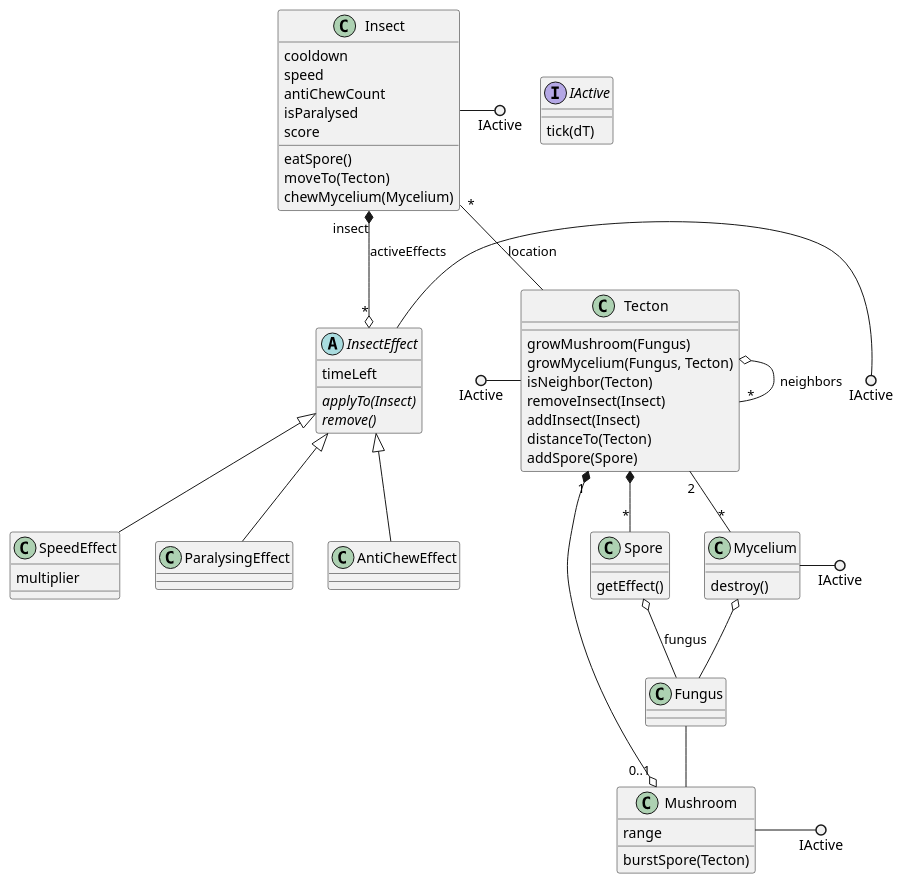
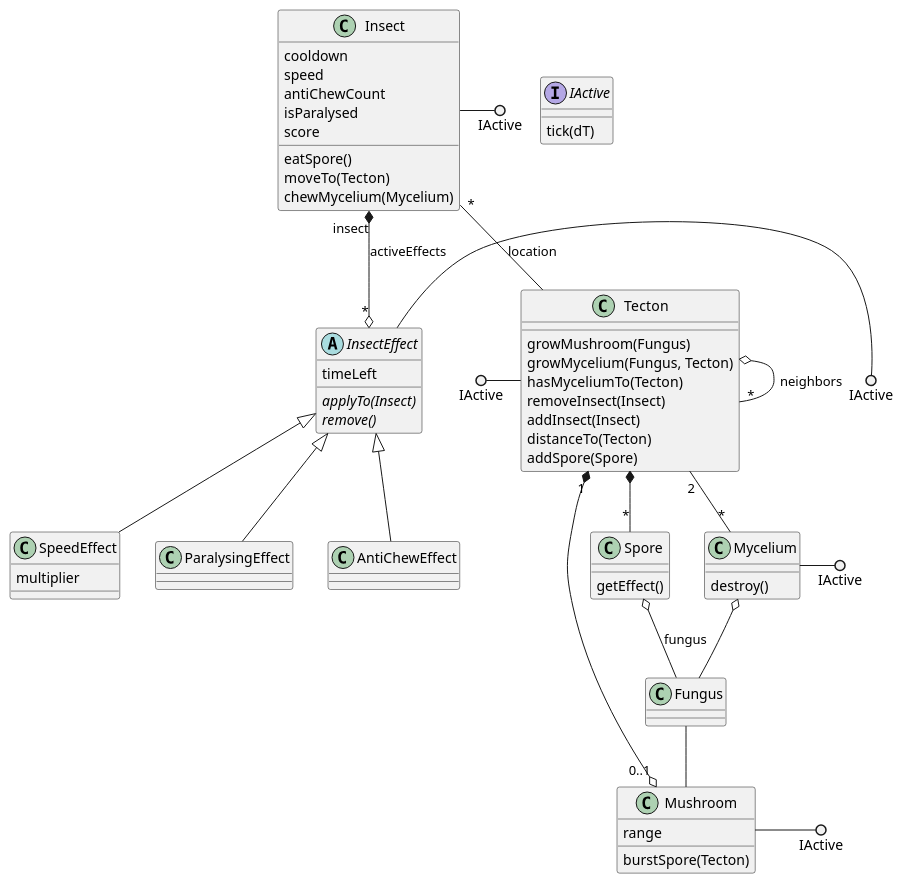
One commit to ZD4ve/projlab-error521 changed the diagram in classes.pu. Above: the diagram before and after it, drawn with PlantUML. The commit also changed 2 other files, not shown here.

Commit message:
small insect and tecton changes

```diff
--- a/classes.pu
+++ b/classes.pu
@@ -1,69 +1,69 @@
 @startuml classes
 interface IActive
 class Tecton
 together {
     class Fungus
     class Mycelium
     class Mushroom
     class Spore
 }
 together {
     class Insect
     abstract InsectEffect
     class SpeedEffect
     class ParalysingEffect
     class AntiChewEffect
 }
 
 IActive : tick(dT)
 
 IActive ()- Tecton
 IActive ()- Mushroom
 IActive ()- Mycelium
 IActive ()- Insect
 IActive ()- InsectEffect
 
 Tecton o-- "*" Tecton : neighbors
 Tecton "2" -- "*" Mycelium
 Tecton *-- "*" Spore
 Tecton "1" *--o "0..1" Mushroom
 Tecton : growMushroom(Fungus)
 Tecton : growMycelium(Fungus, Tecton)
-Tecton : isNeighbor(Tecton)
+Tecton : hasMyceliumTo(Tecton)
 Tecton : removeInsect(Insect)
 Tecton : addInsect(Insect)
 Tecton : distanceTo(Tecton)
 Tecton : addSpore(Spore)
 
 Mushroom : burstSpore(Tecton)
 Mushroom : range
 
 Mycelium o-- Fungus
 Mycelium : destroy()
 
 Insect "insect" *--o "*" InsectEffect : activeEffects
 Insect "*" -- Tecton : location
 Insect : cooldown
 Insect : speed
 Insect : antiChewCount
 Insect : isParalysed
 Insect : score
 Insect : eatSpore()
 Insect : moveTo(Tecton)
 Insect : chewMycelium(Mycelium)
 
 Spore o-- Fungus : fungus
 Spore : getEffect()
 
 InsectEffect : timeLeft
 InsectEffect : {abstract} applyTo(Insect)
 InsectEffect : {abstract} remove()
 
 InsectEffect <|-- SpeedEffect
 SpeedEffect : multiplier
 
 InsectEffect <|-- ParalysingEffect
 InsectEffect <|-- AntiChewEffect
 
 Fungus -- Mushroom
 @enduml
```
